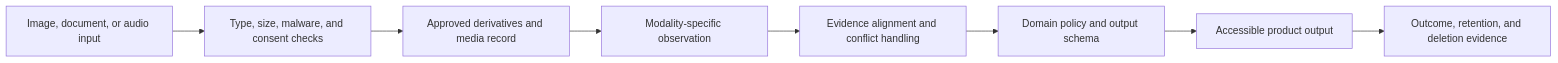
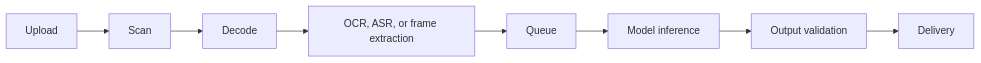
The fifth of 8 diagrams in roadmaps/mlops/modules/llmops/multimodal-and-realtime/01-multimodal-inputs-and-outputs.md (senlinyy/dev-roadmaps), drawn with Mermaid before and after one commit. The commit also changed other lines of this file and 198 other files, not shown here.

````diff
--- a/roadmaps/mlops/modules/llmops/multimodal-and-realtime/01-multimodal-inputs-and-outputs.md
+++ b/roadmaps/mlops/modules/llmops/multimodal-and-realtime/01-multimodal-inputs-and-outputs.md
@@ -20,10 +314,10 @@
 ```mermaid
 flowchart LR
-    A[Image, document, or audio input] --> B[Type, size, malware, and consent checks]
-    B --> C[Approved derivatives and media record]
-    C --> D[Modality-specific observation]
-    D --> E[Evidence alignment and conflict handling]
-    E --> F[Domain policy and output schema]
-    F --> G[Accessible product output]
-    G --> H[Outcome, retention, and deletion evidence]
+    A["Upload"] --> B["Scan"]
+    B --> C["Decode"]
+    C --> D["OCR, ASR, or frame extraction"]
+    D --> E["Queue"]
+    E --> F["Model inference"]
+    F --> G["Output validation"]
+    G --> H["Delivery"]
 ```
````
